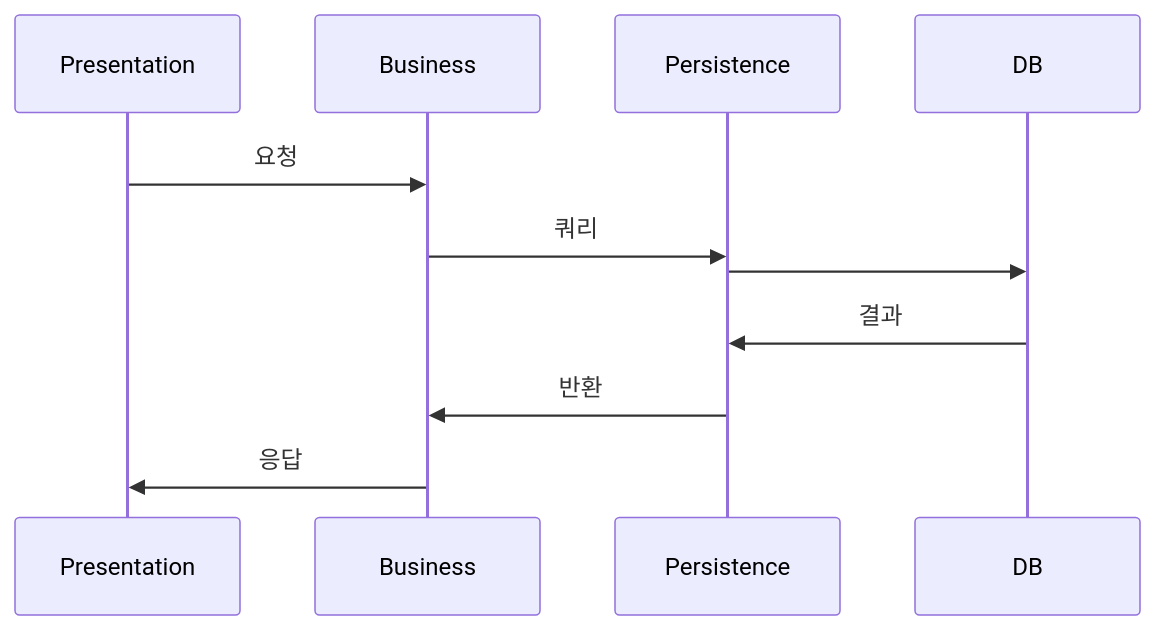
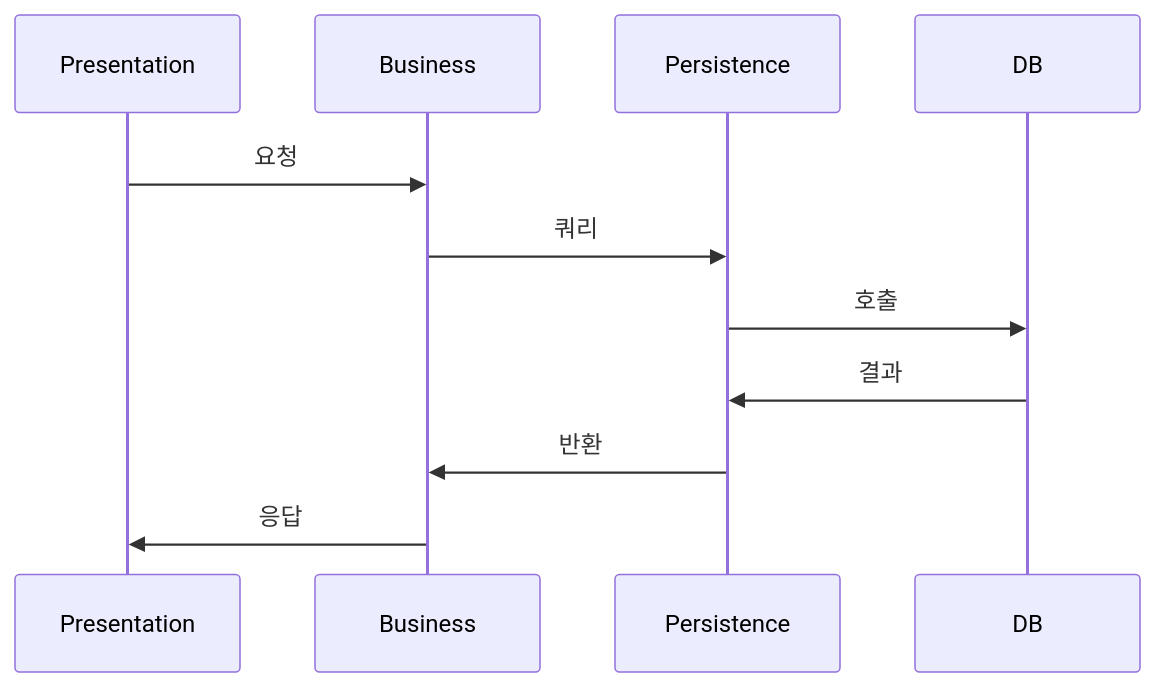
One commit to yjkim2015/yjkim2015.github.io changed the first of 3 diagrams in _posts/architecture/2026-05-01-layered.md. Above: the diagram before and after it, drawn with Mermaid. The commit also changed 85 other files, not shown here.

First line of the commit message:
sequenceDiagram 문법 에러 2차 수정 169개 (86파일)

````diff
--- a/_posts/architecture/2026-05-01-layered.md
+++ b/_posts/architecture/2026-05-01-layered.md
@@ -46,9 +46,9 @@
 ```mermaid
 sequenceDiagram
     Presentation->>Business: 요청
     Business->>Persistence: 쿼리
-    Persistence->>DB:
+    Persistence->>DB: 호출
     DB->>Persistence: 결과
     Persistence->>Business: 반환
     Business->>Presentation: 응답
 ```
````
